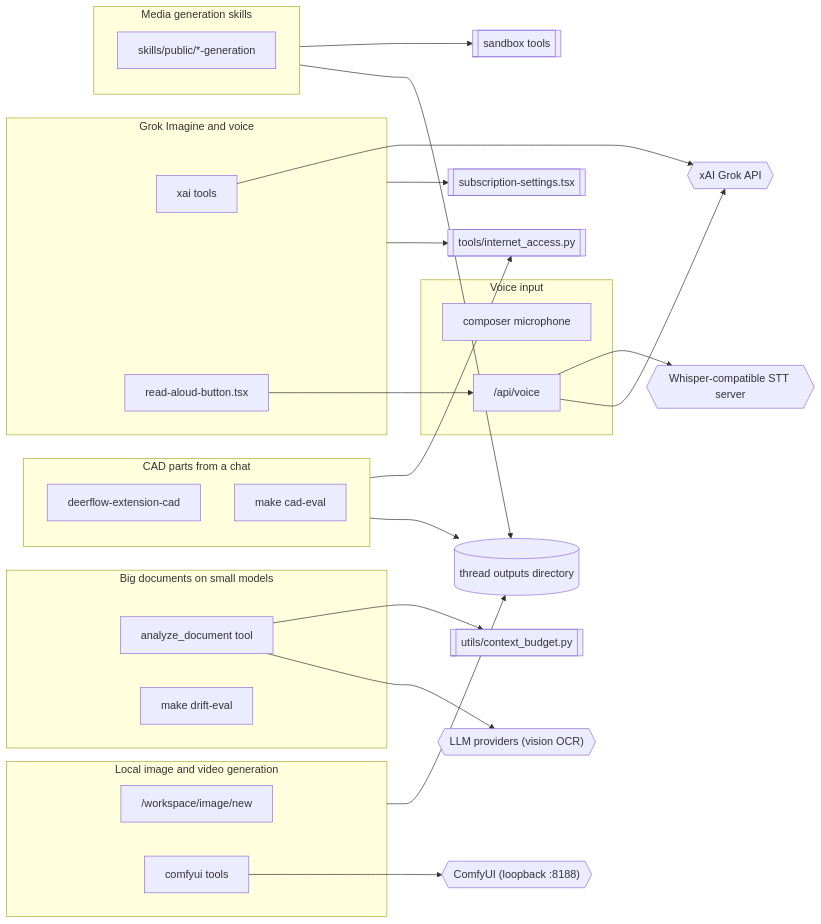
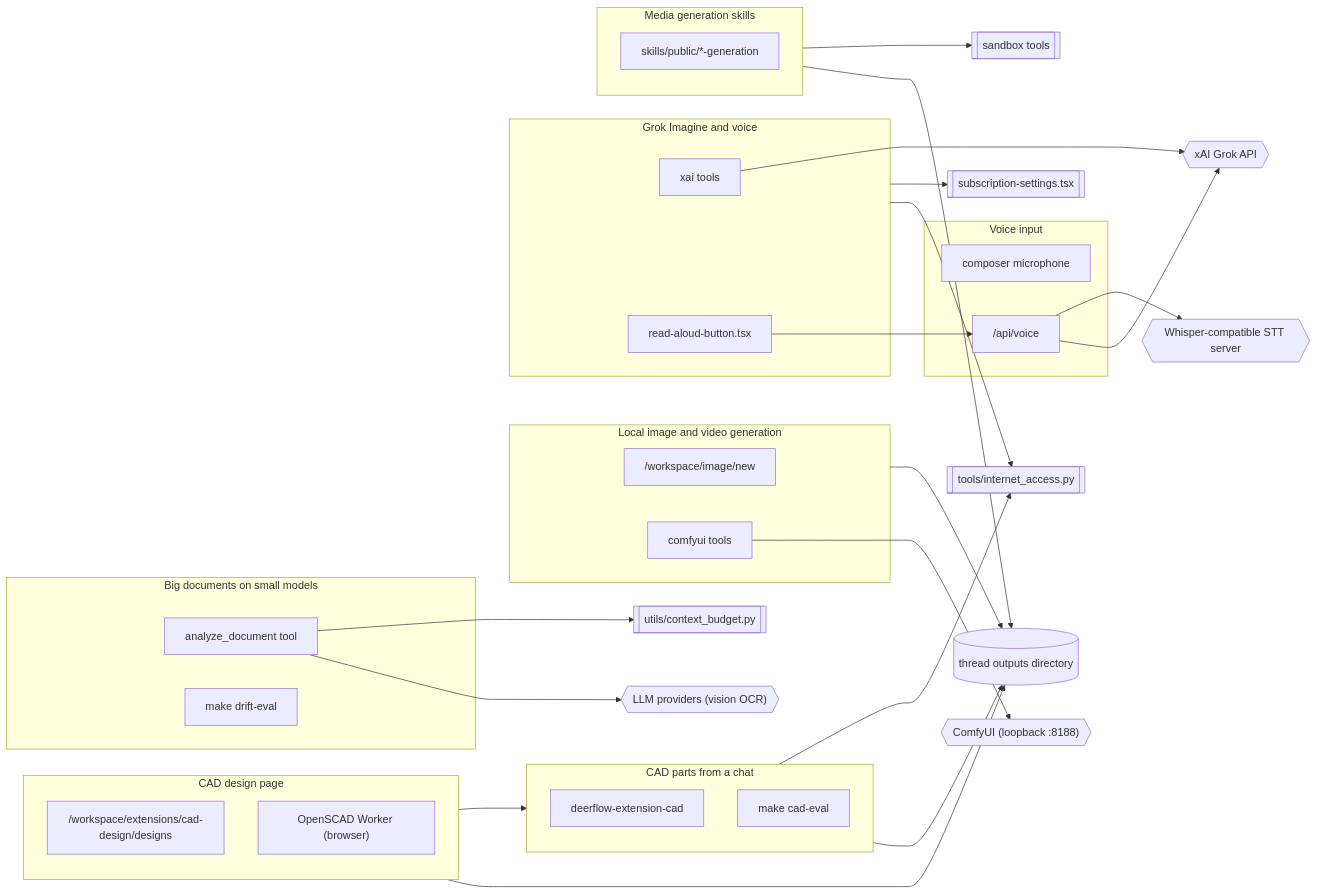
The diagram in docs/repo-map/generation-and-media.md (ivan-skvorc/AI-at-home), drawn with Mermaid before and after one commit. The commit also changed other lines of this file and 190 other files, not shown here.

First line of the commit message:
feat(cad): CAD design page — live OpenSCAD drafts, versions, sliders and Finalize to CadQuery (#176)

````diff
--- a/docs/repo-map/generation-and-media.md
+++ b/docs/repo-map/generation-and-media.md
@@ -3,49 +3,55 @@
 ```mermaid
 flowchart LR
   subgraph img [Local image and video generation]
     imgPage["/workspace/image/new"]
     comfyTools["comfyui tools"]
   end
   subgraph grok [Grok Imagine and voice]
     xaiTools["xai tools"]
     readAloud["read-aloud-button.tsx"]
   end
   subgraph voice [Voice input]
     mic["composer microphone"]
     voiceApi["/api/voice"]
   end
   subgraph cad [CAD parts from a chat]
     cadExt["deerflow-extension-cad"]
     cadEval["make cad-eval"]
+  end
+  subgraph design [CAD design page]
+    designPage["/workspace/extensions/cad-design/designs"]
+    scadWorker["OpenSCAD Worker (browser)"]
   end
   subgraph bigdoc [Big documents on small models]
     analyze["analyze_document tool"]
     driftEval["make drift-eval"]
   end
   subgraph media [Media generation skills]
     mediaSkills["skills/public/*-generation"]
   end
   subsSettings[["subscription-settings.tsx"]]
   internetPy[["tools/internet_access.py"]]
   contextBudget[["utils/context_budget.py"]]
   sandbox[["sandbox tools"]]
   comfy{{"ComfyUI (loopback :8188)"}}
   xai{{"xAI Grok API"}}
   whisper{{"Whisper-compatible STT server"}}
   llm{{"LLM providers (vision OCR)"}}
   outputs[("thread outputs directory")]
   comfyTools --> comfy
   xaiTools --> xai
   readAloud --> voiceApi
   voiceApi --> whisper
   voiceApi --> xai
   grok --> subsSettings
   cad --> internetPy
   grok --> internetPy
   analyze --> contextBudget
   analyze --> llm
   img --> outputs
   cad --> outputs
+  design --> cad
+  design --> outputs
   media --> sandbox
   media --> outputs
 ```
````
